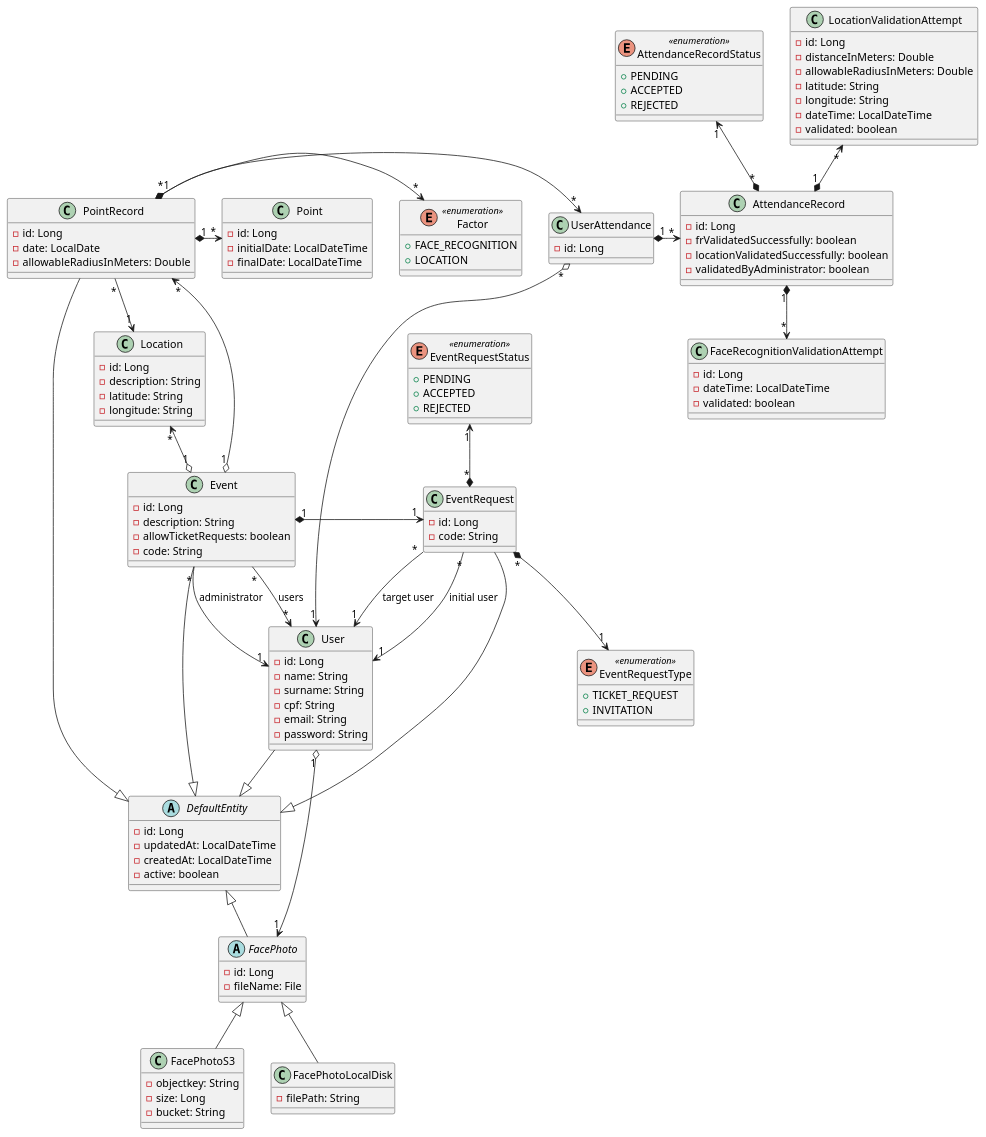
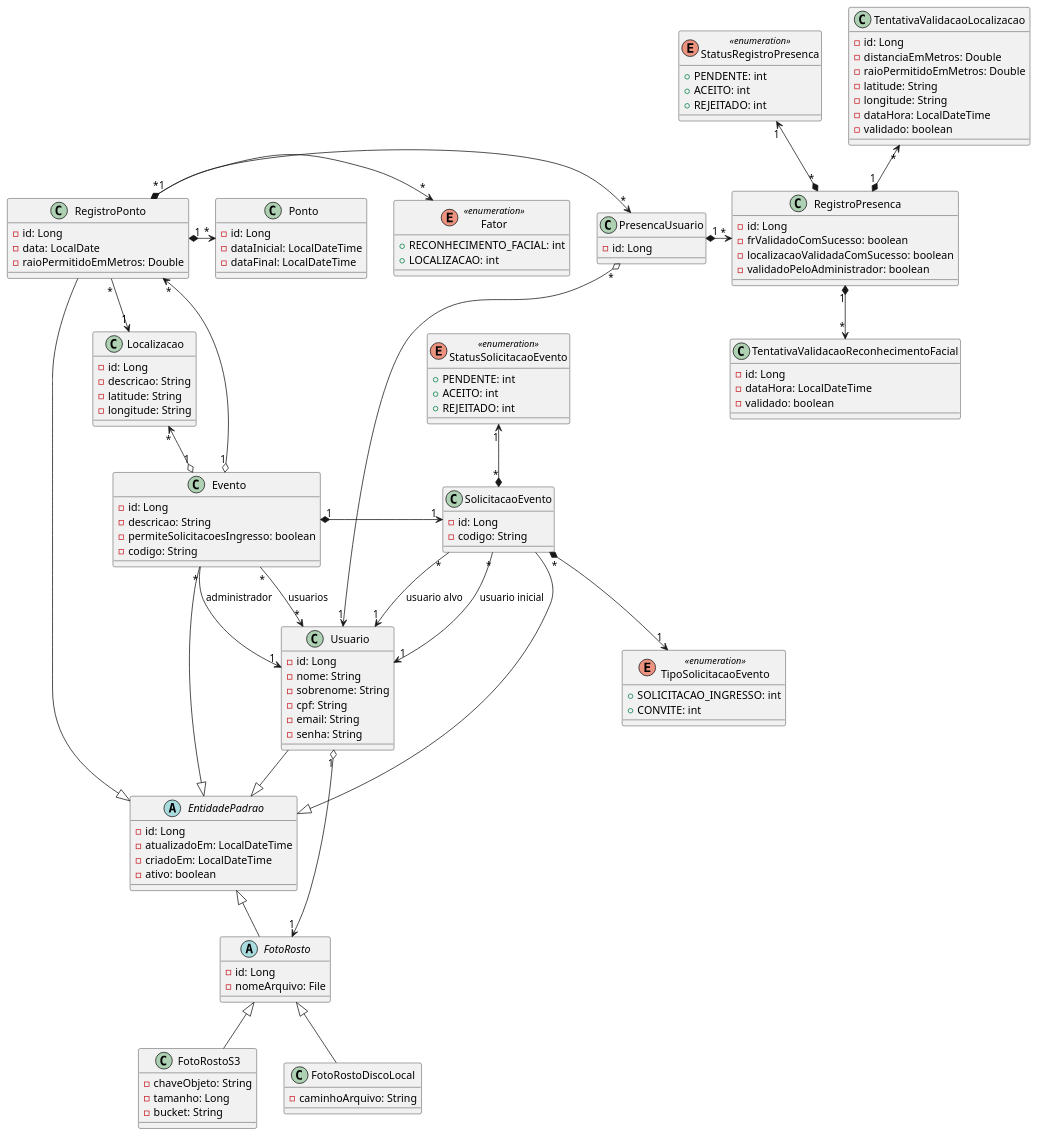
Before and after one commit to luan-coelho/facelocus: the diagram in backend/diagram-class.plantuml, drawn with PlantUML. The commit also changed 10 other files, not shown here.

```diff
--- a/backend/diagram-class.plantuml
+++ b/backend/diagram-class.plantuml
@@ -1,146 +1,146 @@
 @startuml
-abstract class DefaultEntity {
+abstract class EntidadePadrao {
     - id: Long
-    - updatedAt: LocalDateTime
-    - createdAt: LocalDateTime
-    - active: boolean
+    - atualizadoEm: LocalDateTime
+    - criadoEm: LocalDateTime
+    - ativo: boolean
 }
 
-class User {
+class Usuario {
     - id: Long
-    - name: String
-    - surname: String
+    - nome: String
+    - sobrenome: String
     - cpf: String
     - email: String
-    - password: String
+    - senha: String
 }
 
-abstract class FacePhoto {
+abstract class FotoRosto {
     - id: Long
-    - fileName: File
+    - nomeArquivo: File
 }
 
-class FacePhotoS3 {
-    - objectkey: String
-    - size: Long
+class FotoRostoS3 {
+    - chaveObjeto: String
+    - tamanho: Long
     - bucket: String
 }
 
-class FacePhotoLocalDisk {
-    - filePath: String
+class FotoRostoDiscoLocal {
+    - caminhoArquivo: String
 }
 
-class Event {
+class Evento {
     - id: Long
-    - description: String
-    - allowTicketRequests: boolean
-    - code: String
+    - descricao: String
+    - permiteSolicitacoesIngresso: boolean
+    - codigo: String
 }
 
-class Location {
+class Localizacao {
     - id: Long
-    - description: String
+    - descricao: String
     - latitude: String
     - longitude: String
 }
 
-class EventRequest {
+class SolicitacaoEvento {
     - id: Long
-    - code: String
+    - codigo: String
 }
 
-enum EventRequestStatus << enumeration >> {
-    + PENDING
-    + ACCEPTED
-    + REJECTED
+enum StatusSolicitacaoEvento << enumeration >> {
+    + PENDENTE: int
+    + ACEITO: int
+    + REJEITADO: int
 }
 
-enum EventRequestType << enumeration >> {
-    + TICKET_REQUEST
-    + INVITATION
+enum TipoSolicitacaoEvento << enumeration >> {
+    + SOLICITACAO_INGRESSO: int
+    + CONVITE: int
 }
 
-class PointRecord {
+class RegistroPonto {
     - id: Long
-    - date: LocalDate
-    - allowableRadiusInMeters: Double
+    - data: LocalDate
+    - raioPermitidoEmMetros: Double
 }
 
-class Point {
+class Ponto {
     - id: Long
-    - initialDate: LocalDateTime
-    - finalDate: LocalDateTime
+    - dataInicial: LocalDateTime
+    - dataFinal: LocalDateTime
 }
 
-enum Factor << enumeration >> {
-    + FACE_RECOGNITION
-    + LOCATION
+enum Fator << enumeration >> {
+    + RECONHECIMENTO_FACIAL: int
+    + LOCALIZACAO: int
 }
 
-class UserAttendance {
+class PresencaUsuario {
     - id: Long
 }
 
-class FaceRecognitionValidationAttempt {
+class TentativaValidacaoReconhecimentoFacial {
     - id: Long
-    - dateTime: LocalDateTime
-    - validated: boolean
+    - dataHora: LocalDateTime
+    - validado: boolean
 }
 
-class LocationValidationAttempt {
+class TentativaValidacaoLocalizacao {
     - id: Long
-    - distanceInMeters: Double
-    - allowableRadiusInMeters: Double
+    - distanciaEmMetros: Double
+    - raioPermitidoEmMetros: Double
     - latitude: String
     - longitude: String
-    - dateTime: LocalDateTime
-    - validated: boolean
+    - dataHora: LocalDateTime
+    - validado: boolean
 }
 
-class AttendanceRecord {
+class RegistroPresenca {
     - id: Long
-    - frValidatedSuccessfully: boolean
-    - locationValidatedSuccessfully: boolean
-    - validatedByAdministrator: boolean
+    - frValidadoComSucesso: boolean
+    - localizacaoValidadaComSucesso: boolean
+    - validadoPeloAdministrador: boolean
 }
 
-enum AttendanceRecordStatus << enumeration >> {
-    + PENDING
-    + ACCEPTED
-    + REJECTED
+enum StatusRegistroPresenca << enumeration >> {
+    + PENDENTE: int
+    + ACEITO: int
+    + REJEITADO: int
 }
 
-User --|> DefaultEntity
-Event --|> DefaultEntity
-EventRequest --|> DefaultEntity
-PointRecord --|> DefaultEntity
-FacePhotoS3 -up-|> FacePhoto
-FacePhotoLocalDisk -up-|> FacePhoto
-FacePhoto -up-|> DefaultEntity
+Usuario --|> EntidadePadrao
+Evento --|> EntidadePadrao
+SolicitacaoEvento --|> EntidadePadrao
+RegistroPonto --|> EntidadePadrao
+FotoRostoS3 -up-|> FotoRosto
+FotoRostoDiscoLocal -up-|> FotoRosto
+FotoRosto -up-|> EntidadePadrao
 
-User "1" o-> "1" FacePhoto
+Usuario "1" o-> "1" FotoRosto
 
-Event "1" o-up-> "*" PointRecord
-Event "1" o-up-> "*" Location
-Event "*" -down-> "*" User : users
-Event "*" --> "1" User : administrator
-Event "1" *-> "1" EventRequest
+Evento "1" o-up-> "*" RegistroPonto
+Evento "1" o-up-> "*" Localizacao
+Evento "*" -down-> "*" Usuario : usuarios
+Evento "*" --> "1" Usuario : administrador
+Evento "1" *-> "1" SolicitacaoEvento
 
-PointRecord "1" *-> "*" Point
-PointRecord "*" o-> "*" Factor
-PointRecord "*" --> "1" Location
-PointRecord "1" *-> "*" UserAttendance
+RegistroPonto "1" *-> "*" Ponto
+RegistroPonto "*" o-> "*" Fator
+RegistroPonto "*" --> "1" Localizacao
+RegistroPonto "1" *-> "*" PresencaUsuario
 
-UserAttendance "1" *-> "*" AttendanceRecord
-UserAttendance "*" o-> "1" User
+PresencaUsuario "1" *-> "*" RegistroPresenca
+PresencaUsuario "*" o-> "1" Usuario
 
-AttendanceRecord "1" *-down-> "*" FaceRecognitionValidationAttempt
-AttendanceRecord "1" *-up-> "*" LocationValidationAttempt
-AttendanceRecord "*" *-up-> "1" AttendanceRecordStatus
+RegistroPresenca "1" *-down-> "*" TentativaValidacaoReconhecimentoFacial
+RegistroPresenca "1" *-up-> "*" TentativaValidacaoLocalizacao
+RegistroPresenca "*" *-up-> "1" StatusRegistroPresenca
 
-EventRequest "*" --> "1" User : initial user
-EventRequest "*" --> "1" User : target user
-EventRequest "*" *-up-> "1" EventRequestStatus
-EventRequest "*" *-down-> "1" EventRequestType
+SolicitacaoEvento "*" --> "1" Usuario : usuario inicial
+SolicitacaoEvento "*" --> "1" Usuario : usuario alvo
+SolicitacaoEvento "*" *-up-> "1" StatusSolicitacaoEvento
+SolicitacaoEvento "*" *-down-> "1" TipoSolicitacaoEvento
 
 @enduml
```
